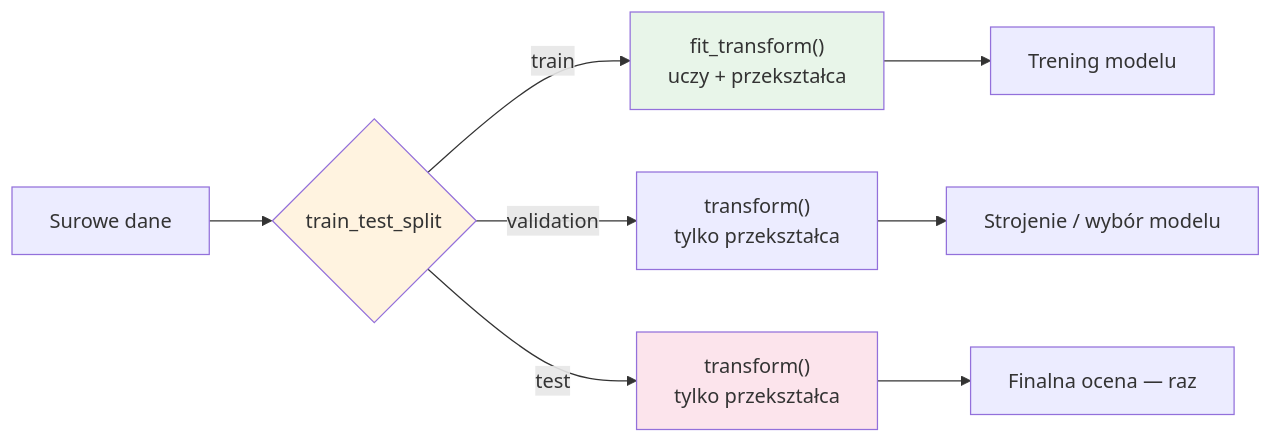
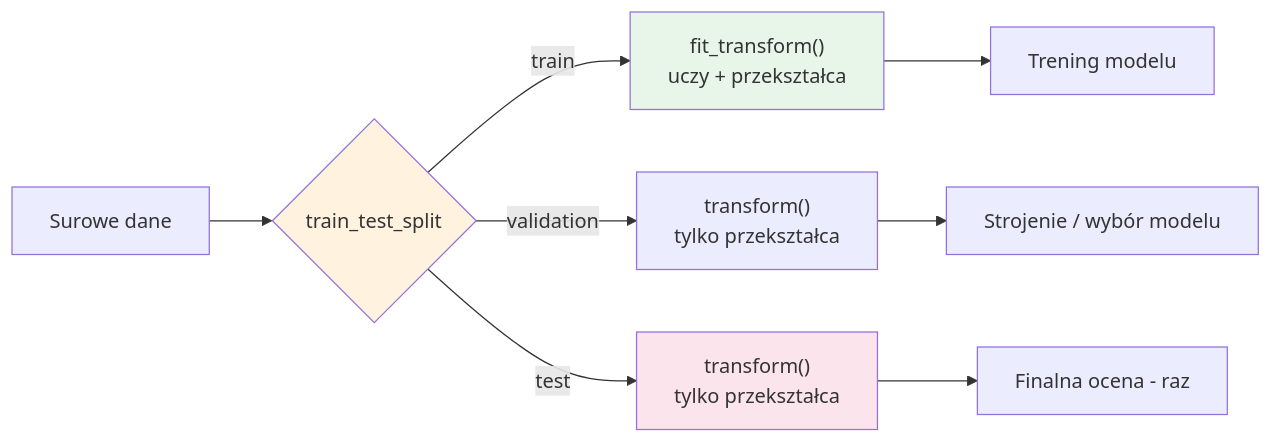
One commit to SirCypkowskyy/python-for-genai-guide changed the second of 3 diagrams in docs/05-machine-learning-guide.md. Above: the diagram before and after it, drawn with Mermaid. The commit also changed other lines of this file and 9 other files, not shown here.

First line of the commit message:
Zamiana em-dashy na zwykły myślnik + nowe diagramy Mermaid

````diff
--- a/docs/05-machine-learning-guide.md
+++ b/docs/05-machine-learning-guide.md
@@ -201,14 +213,14 @@
 ```mermaid
 flowchart LR
     DATA[Surowe dane] --> SPLIT{train_test_split}
     SPLIT -->|train| FIT["fit_transform()<br/>uczy + przekształca"]
     SPLIT -->|validation| TV["transform()<br/>tylko przekształca"]
     SPLIT -->|test| TT["transform()<br/>tylko przekształca"]
     FIT --> MODEL[Trening modelu]
     TV --> EVAL[Strojenie / wybór modelu]
-    TT --> FINAL[Finalna ocena — raz]
+    TT --> FINAL[Finalna ocena - raz]
 
     style SPLIT fill:#fff3e0
     style FIT fill:#e8f5e9
     style TT fill:#fce4ec
 ```
````
